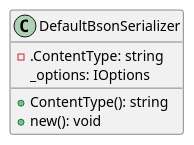
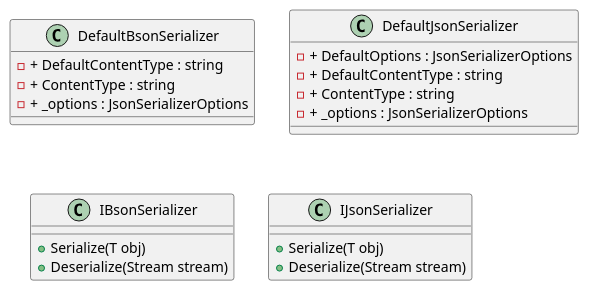
Before and after one commit to mwwhited-forks/dotnet-libs: the first of 4 diagrams in docs/generated/Framework/Eliassen.System/Text/Json/Serialization/Documentation.md, drawn with PlantUML. The commit also changed other lines of this file and 444 other files, not shown here.

````diff
--- a/docs/generated/Framework/Eliassen.System/Text/Json/Serialization/Documentation.md
+++ b/docs/generated/Framework/Eliassen.System/Text/Json/Serialization/Documentation.md
@@ -7,11 +9,27 @@
 ```plantuml
 @startuml
 class DefaultBsonSerializer {
-  -.ContentType: string
-  +ContentType(): string
-  +new(): void
-  _options: IOptions
+  -+ DefaultContentType : string
+  -+ ContentType : string
+  -+ _options : JsonSerializerOptions
+}
+
+class DefaultJsonSerializer {
+  -+ DefaultOptions : JsonSerializerOptions
+  -+ DefaultContentType : string
+  -+ ContentType : string
+  -+ _options : JsonSerializerOptions
+}
+
+class IBsonSerializer {
+  + Serialize(T obj)
+  + Deserialize(Stream stream)
+}
+
+class IJsonSerializer {
+  + Serialize(T obj)
+  + Deserialize(Stream stream)
 }
 
 @enduml
 ```
````
